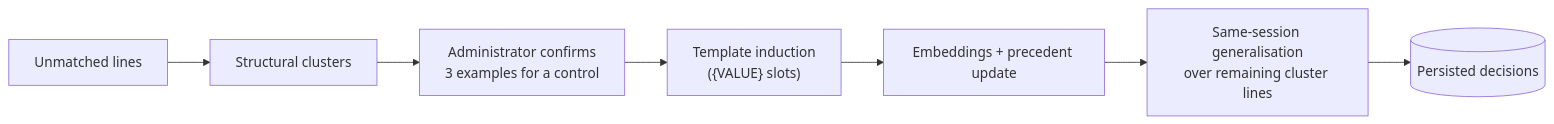
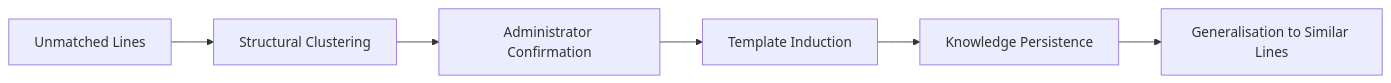
Before and after one commit to Krithi777/Multi-Vendor-Network-Compliance-Auditor: the second of 2 diagrams in README.md, drawn with Mermaid. The commit also changed other lines of this file, not shown here.

````diff
--- a/README.md
+++ b/README.md
@@ -364,9 +280,8 @@
 ```mermaid
 flowchart LR
-    A["Unmatched lines"] --> B["Structural clusters"]
-    B --> C["Administrator confirms<br/>3 examples for a control"]
-    C --> D["Template induction<br/>({VALUE} slots)"]
-    D --> E["Embeddings + precedent update"]
-    E --> F["Same-session generalisation<br/>over remaining cluster lines"]
-    F --> G[("Persisted decisions")]
+    A["Unmatched Lines"] --> B["Structural Clustering"]
+    B --> C["Administrator Confirmation"]
+    C --> D["Template Induction"]
+    D --> E["Knowledge Persistence"]
+    E --> F["Generalisation to Similar Lines"]
 ```
````
